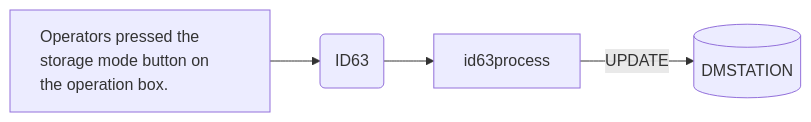
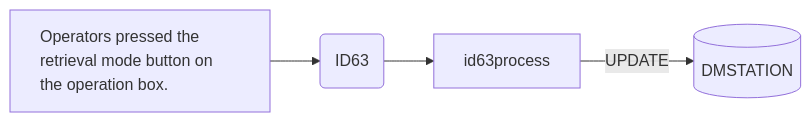
The fifth of 21 diagrams in Basic-Design/DFD-WMS/Retrieval/Specific-Location-Retrieval-Setting.md (luthfiadityaa/SimeDarby-Wiki), drawn with Mermaid before and after one commit.

Commit message:
Updated Specific Location Retrieval Setting

```diff
--- a/Basic-Design/DFD-WMS/Retrieval/Specific-Location-Retrieval-Setting.md
+++ b/Basic-Design/DFD-WMS/Retrieval/Specific-Location-Retrieval-Setting.md
@@ -120,18 +120,18 @@
 ::: mermaid
 flowchart LR
     input[
-        Operators pressed the storage mode button on the operation box.      
+        Operators pressed the retrieval mode button on the operation box.      
     ]
 
     id61msg("
      ID63
     ")
     tableList-update[("
         DMSTATION
     ")]
 
     input -->id61msg-->id63process--> |UPDATE| tableList-update
 
     classDef leftAlign text-align:left;
     class input leftAlign;
 :::
```
